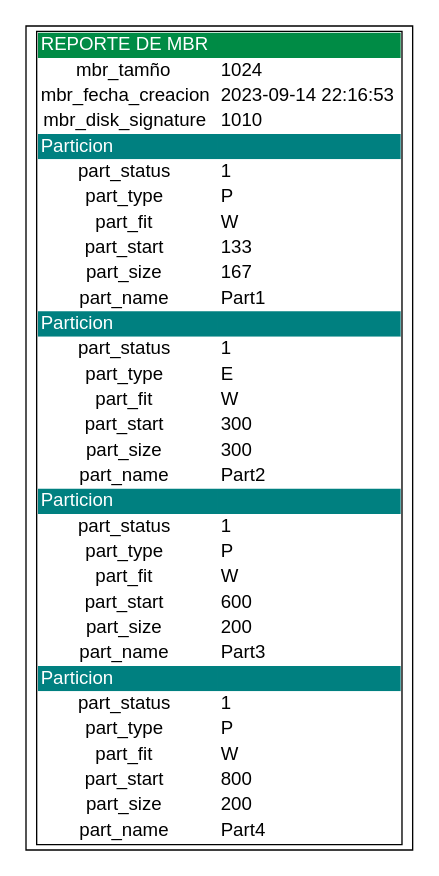
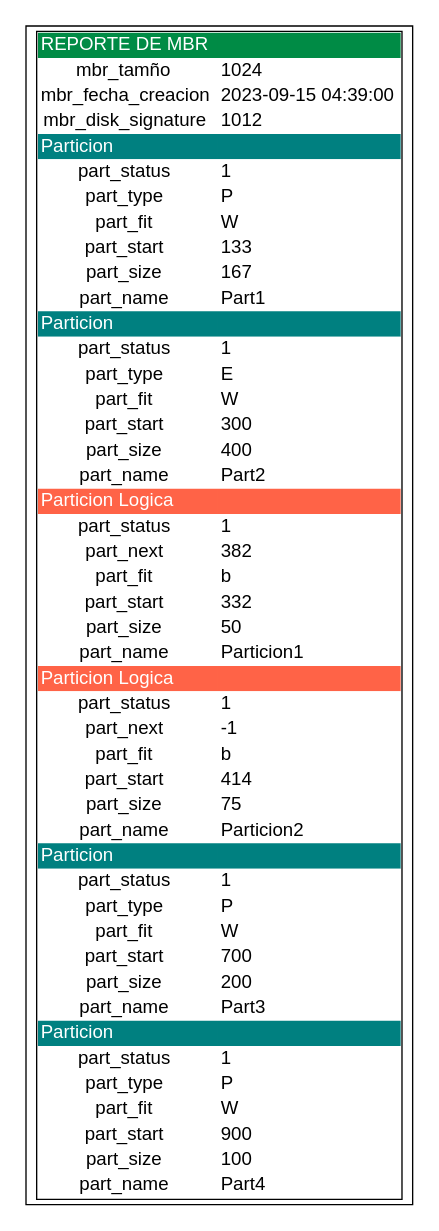
The diagram in reportes/reporte_mbr.dot (luis-tavico/MIA_2SP1_202000562), drawn with Graphviz before and after one commit. The commit also changed 7 other files, not shown here.

```diff
--- a/reportes/reporte_mbr.dot
+++ b/reportes/reporte_mbr.dot
@@ -1,136 +1,192 @@
 digraph G {
   subgraph cluster { margin="0.0" penwidth="1.0"
     tbl [shape=none fontname="Arial" label=<
         <table border="1" cellborder="0" cellspacing="0">
         <tr>
             <td bgcolor="springgreen4" align="left"><font color="white"> REPORTE DE MBR </font></td>
             <td bgcolor="springgreen4" align="left"><font color="white"> </font></td>
         </tr>
         <tr>
             <td bgcolor="white" align="center"> mbr_tamño </td>
             <td bgcolor="white" align="left"> 1024 </td>
         </tr>
         <tr>
             <td bgcolor="white" align="center"> mbr_fecha_creacion </td>
-            <td bgcolor="white" align="left"> 2023-09-14 22:16:53 </td>
+            <td bgcolor="white" align="left"> 2023-09-15 04:39:00 </td>
         </tr>
         <tr>
             <td bgcolor="white" align="center"> mbr_disk_signature </td>
-            <td bgcolor="white" align="left"> 1010 </td>
+            <td bgcolor="white" align="left"> 1012 </td>
         </tr>
         <tr>
             <td bgcolor="teal" align="left"><font color="white"> Particion </font></td>
             <td bgcolor="teal" align="left"><font color="white"> </font></td>
         </tr>
         <tr>
             <td bgcolor="white" align="center"> part_status </td>
             <td bgcolor="white" align="left"> 1 </td>
         </tr>
         <tr>
             <td bgcolor="white" align="center"> part_type </td>
             <td bgcolor="white" align="left"> P </td>
         </tr>
         <tr>
             <td bgcolor="white" align="center"> part_fit </td>
             <td bgcolor="white" align="left"> W </td>
         </tr>
         <tr>
             <td bgcolor="white" align="center"> part_start </td>
             <td bgcolor="white" align="left"> 133 </td>
         </tr>
         <tr>
             <td bgcolor="white" align="center"> part_size </td>
             <td bgcolor="white" align="left"> 167 </td>
         </tr>
         <tr>
             <td bgcolor="white" align="center"> part_name </td>
             <td bgcolor="white" align="left"> Part1 </td>
         </tr>
         <tr>
             <td bgcolor="teal" align="left"><font color="white"> Particion </font></td>
             <td bgcolor="teal" align="left"><font color="white"> </font></td>
         </tr>
         <tr>
             <td bgcolor="white" align="center"> part_status </td>
             <td bgcolor="white" align="left"> 1 </td>
         </tr>
         <tr>
             <td bgcolor="white" align="center"> part_type </td>
             <td bgcolor="white" align="left"> E </td>
         </tr>
         <tr>
             <td bgcolor="white" align="center"> part_fit </td>
             <td bgcolor="white" align="left"> W </td>
         </tr>
         <tr>
             <td bgcolor="white" align="center"> part_start </td>
             <td bgcolor="white" align="left"> 300 </td>
         </tr>
         <tr>
             <td bgcolor="white" align="center"> part_size </td>
-            <td bgcolor="white" align="left"> 300 </td>
+            <td bgcolor="white" align="left"> 400 </td>
         </tr>
         <tr>
             <td bgcolor="white" align="center"> part_name </td>
             <td bgcolor="white" align="left"> Part2 </td>
+        </tr>
+        <tr>
+            <td bgcolor="tomato" align="left"><font color="white"> Particion Logica </font></td>
+            <td bgcolor="tomato" align="left"><font color="white"> </font></td>
+        </tr>
+        <tr>
+            <td bgcolor="white" align="center"> part_status </td>
+            <td bgcolor="white" align="left"> 1 </td>
+        </tr>
+        <tr>
+            <td bgcolor="white" align="center"> part_next </td>
+            <td bgcolor="white" align="left"> 382 </td>
+        </tr>
+        <tr>
+            <td bgcolor="white" align="center"> part_fit </td>
+            <td bgcolor="white" align="left"> b </td>
+        </tr>
+        <tr>
+            <td bgcolor="white" align="center"> part_start </td>
+            <td bgcolor="white" align="left"> 332 </td>
+        </tr>
+        <tr>
+            <td bgcolor="white" align="center"> part_size </td>
+            <td bgcolor="white" align="left"> 50 </td>
+        </tr>
+        <tr>
+            <td bgcolor="white" align="center"> part_name </td>
+            <td bgcolor="white" align="left"> Particion1 </td>
+        </tr>
+        <tr>
+            <td bgcolor="tomato" align="left"><font color="white"> Particion Logica </font></td>
+            <td bgcolor="tomato" align="left"><font color="white"> </font></td>
+        </tr>
+        <tr>
+            <td bgcolor="white" align="center"> part_status </td>
+            <td bgcolor="white" align="left"> 1 </td>
+        </tr>
+        <tr>
+            <td bgcolor="white" align="center"> part_next </td>
+            <td bgcolor="white" align="left"> -1 </td>
+        </tr>
+        <tr>
+            <td bgcolor="white" align="center"> part_fit </td>
+            <td bgcolor="white" align="left"> b </td>
+        </tr>
+        <tr>
+            <td bgcolor="white" align="center"> part_start </td>
+            <td bgcolor="white" align="left"> 414 </td>
+        </tr>
+        <tr>
+            <td bgcolor="white" align="center"> part_size </td>
+            <td bgcolor="white" align="left"> 75 </td>
+        </tr>
+        <tr>
+            <td bgcolor="white" align="center"> part_name </td>
+            <td bgcolor="white" align="left"> Particion2 </td>
         </tr>
         <tr>
             <td bgcolor="teal" align="left"><font color="white"> Particion </font></td>
             <td bgcolor="teal" align="left"><font color="white"> </font></td>
         </tr>
         <tr>
             <td bgcolor="white" align="center"> part_status </td>
             <td bgcolor="white" align="left"> 1 </td>
         </tr>
         <tr>
             <td bgcolor="white" align="center"> part_type </td>
             <td bgcolor="white" align="left"> P </td>
         </tr>
         <tr>
             <td bgcolor="white" align="center"> part_fit </td>
             <td bgcolor="white" align="left"> W </td>
         </tr>
         <tr>
             <td bgcolor="white" align="center"> part_start </td>
-            <td bgcolor="white" align="left"> 600 </td>
+            <td bgcolor="white" align="left"> 700 </td>
         </tr>
         <tr>
             <td bgcolor="white" align="center"> part_size </td>
             <td bgcolor="white" align="left"> 200 </td>
         </tr>
         <tr>
             <td bgcolor="white" align="center"> part_name </td>
             <td bgcolor="white" align="left"> Part3 </td>
         </tr>
         <tr>
             <td bgcolor="teal" align="left"><font color="white"> Particion </font></td>
             <td bgcolor="teal" align="left"><font color="white"> </font></td>
         </tr>
         <tr>
             <td bgcolor="white" align="center"> part_status </td>
             <td bgcolor="white" align="left"> 1 </td>
         </tr>
         <tr>
             <td bgcolor="white" align="center"> part_type </td>
             <td bgcolor="white" align="left"> P </td>
         </tr>
         <tr>
             <td bgcolor="white" align="center"> part_fit </td>
             <td bgcolor="white" align="left"> W </td>
         </tr>
         <tr>
             <td bgcolor="white" align="center"> part_start </td>
-            <td bgcolor="white" align="left"> 800 </td>
+            <td bgcolor="white" align="left"> 900 </td>
         </tr>
         <tr>
             <td bgcolor="white" align="center"> part_size </td>
-            <td bgcolor="white" align="left"> 200 </td>
+            <td bgcolor="white" align="left"> 100 </td>
         </tr>
         <tr>
             <td bgcolor="white" align="center"> part_name </td>
             <td bgcolor="white" align="left"> Part4 </td>
         </tr>
         </table>
     >];
   }
 }
```
